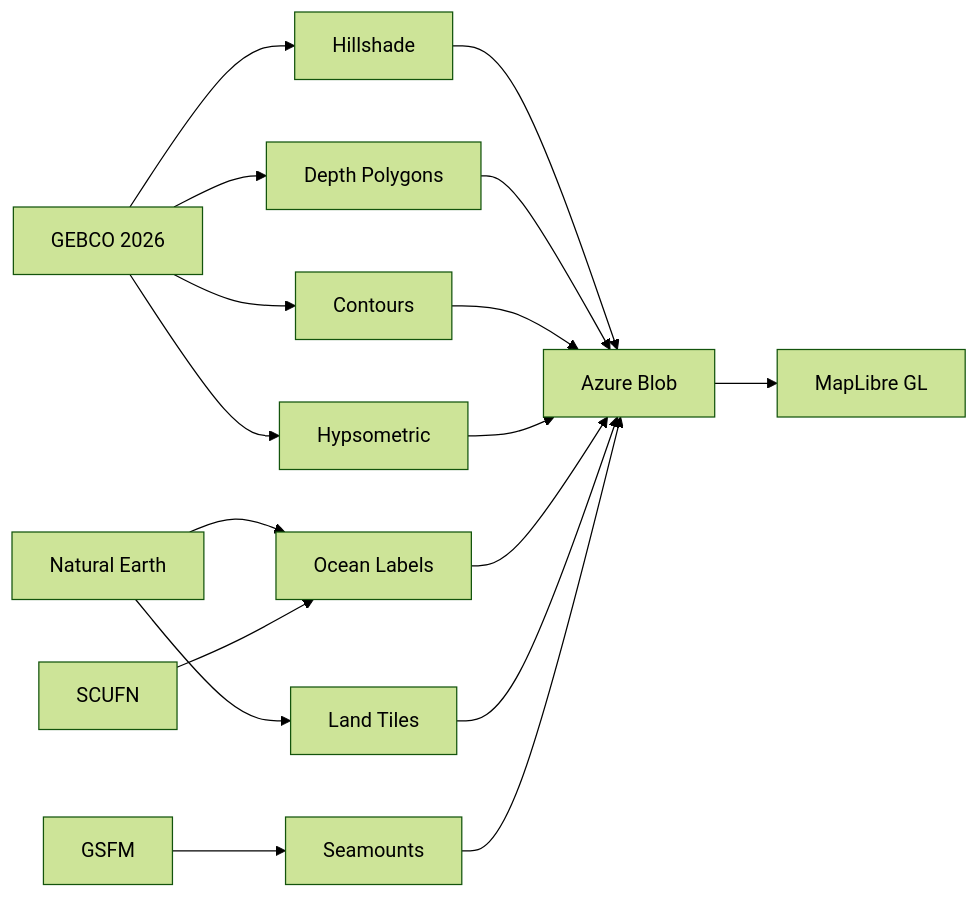
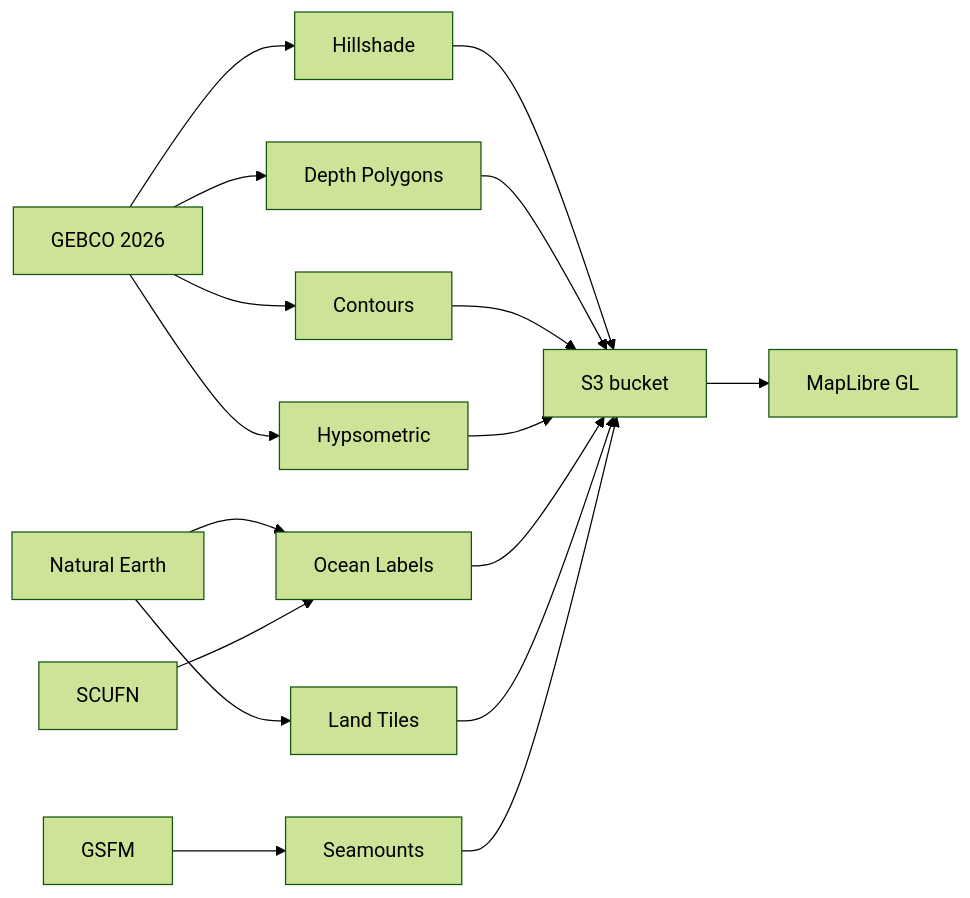
One commit to OceanStreamIO/ocean-basemap changed the diagram in docs/index.md. Above: the diagram before and after it, drawn with Mermaid (forest theme). The commit also changed other lines of this file and 16 other files, not shown here.

````diff
--- a/docs/index.md
+++ b/docs/index.md
@@ -120,13 +120,13 @@
 ```mermaid
 graph LR
     A[GEBCO 2026] --> B[Hillshade]
     A --> C[Depth Polygons]
     A --> D[Contours]
     A --> E[Hypsometric]
     F[Natural Earth] --> G[Ocean Labels]
     F --> H[Land Tiles]
     I[SCUFN] --> G
     J[GSFM] --> K[Seamounts]
-    B & C & D & E & G & H & K --> L[Azure Blob]
+    B & C & D & E & G & H & K --> L[S3 bucket]
     L --> M[MapLibre GL]
 ```
````
